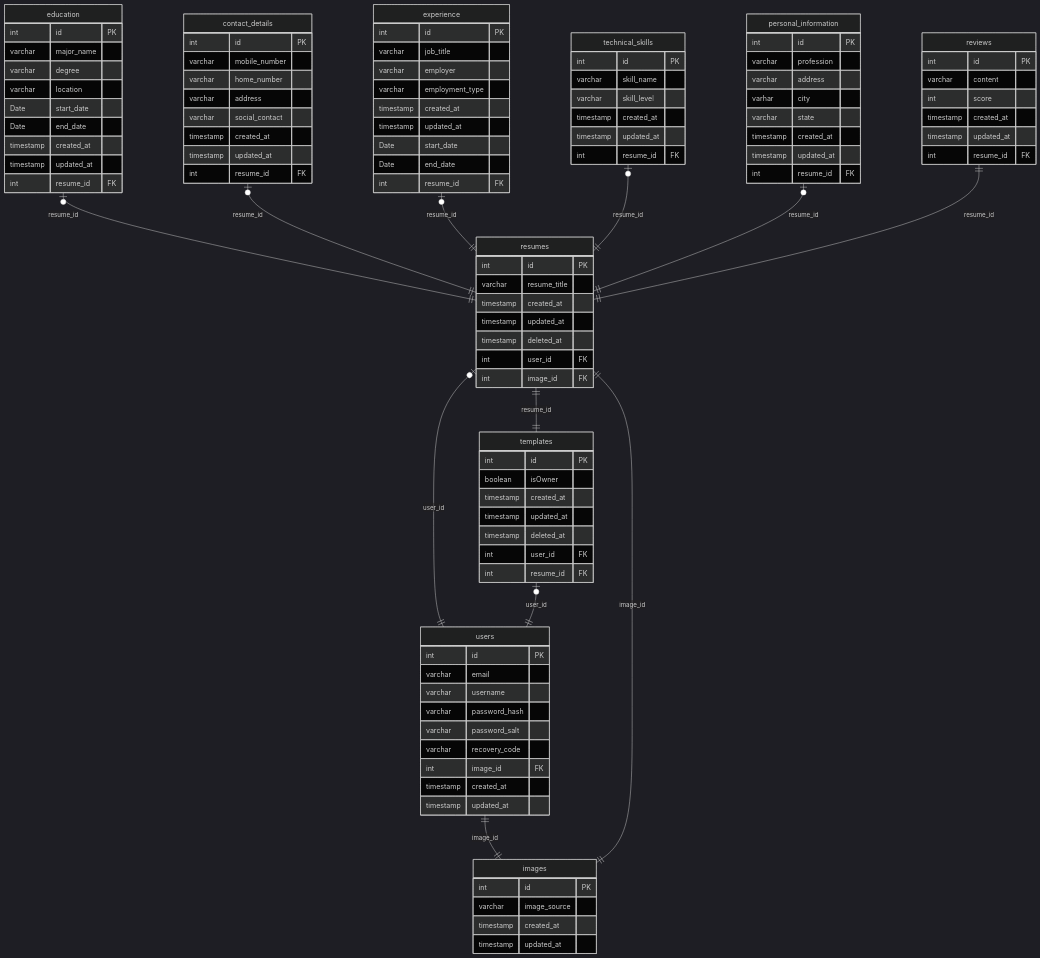
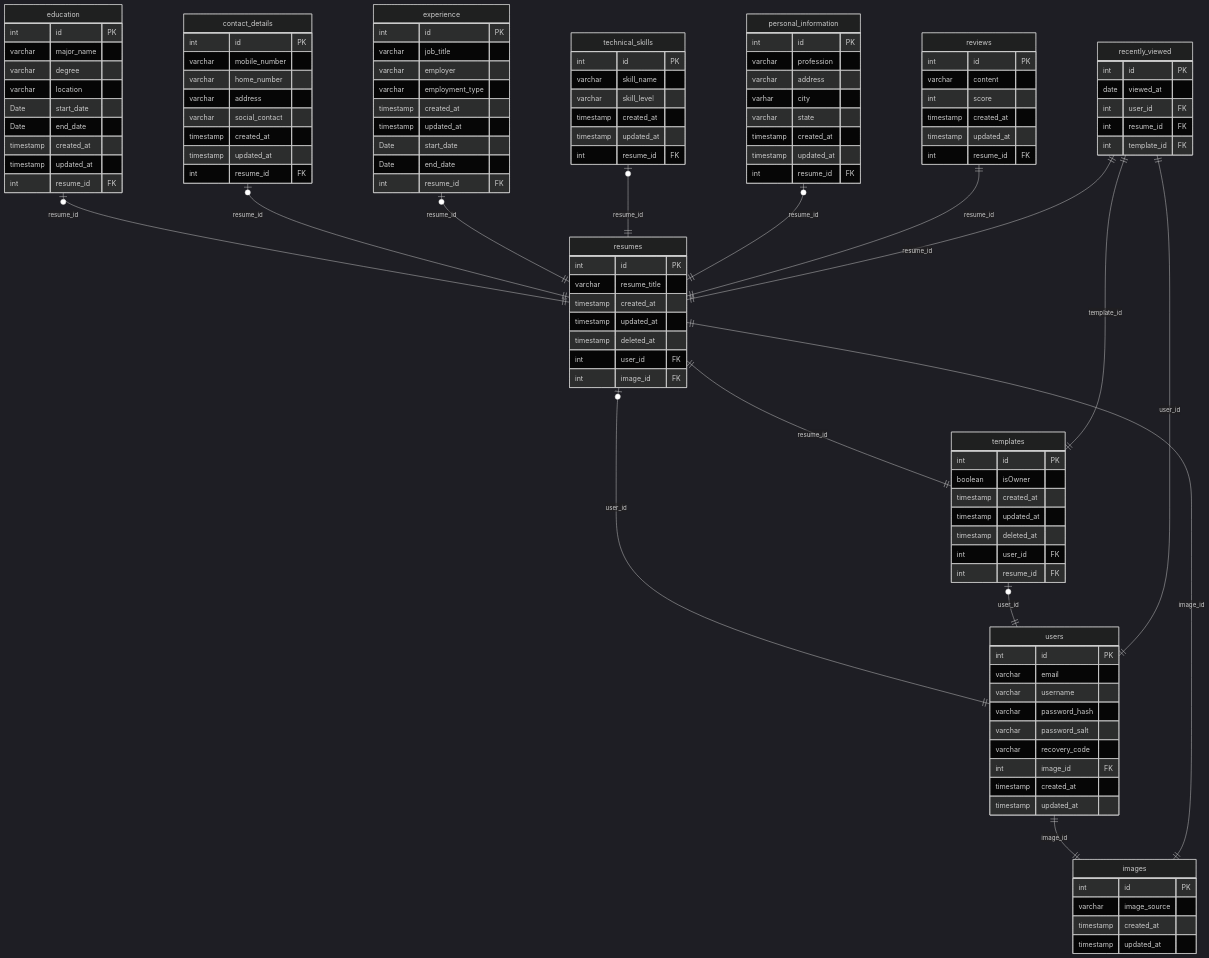
The diagram in readme.md (BinaryStudioAcademy/bsa-winter-2023-2024-resumegemm), drawn with Mermaid (dark theme) before and after one commit.

Commit message:
rg-5: * updated diagram with new table

````diff
--- a/readme.md
+++ b/readme.md
@@ -136,7 +136,13 @@
         timestamp updated_at
         int resume_id FK
     }
-
+    recently_viewed {
+        int id PK
+        date viewed_at
+        int user_id FK
+        int resume_id FK
+        int template_id FK
+    }
     resumes |o--|| users : user_id
     templates |o--|| users : user_id
     users ||--|| images : image_id
@@ -148,4 +154,7 @@
     resumes ||--|| images : image_id
     reviews ||--|| resumes : resume_id
     resumes ||--|| templates : resume_id
+    recently_viewed ||--|| users: user_id
+    recently_viewed ||--|| resumes: resume_id
+    recently_viewed ||--|| templates: template_id
 ```
````
